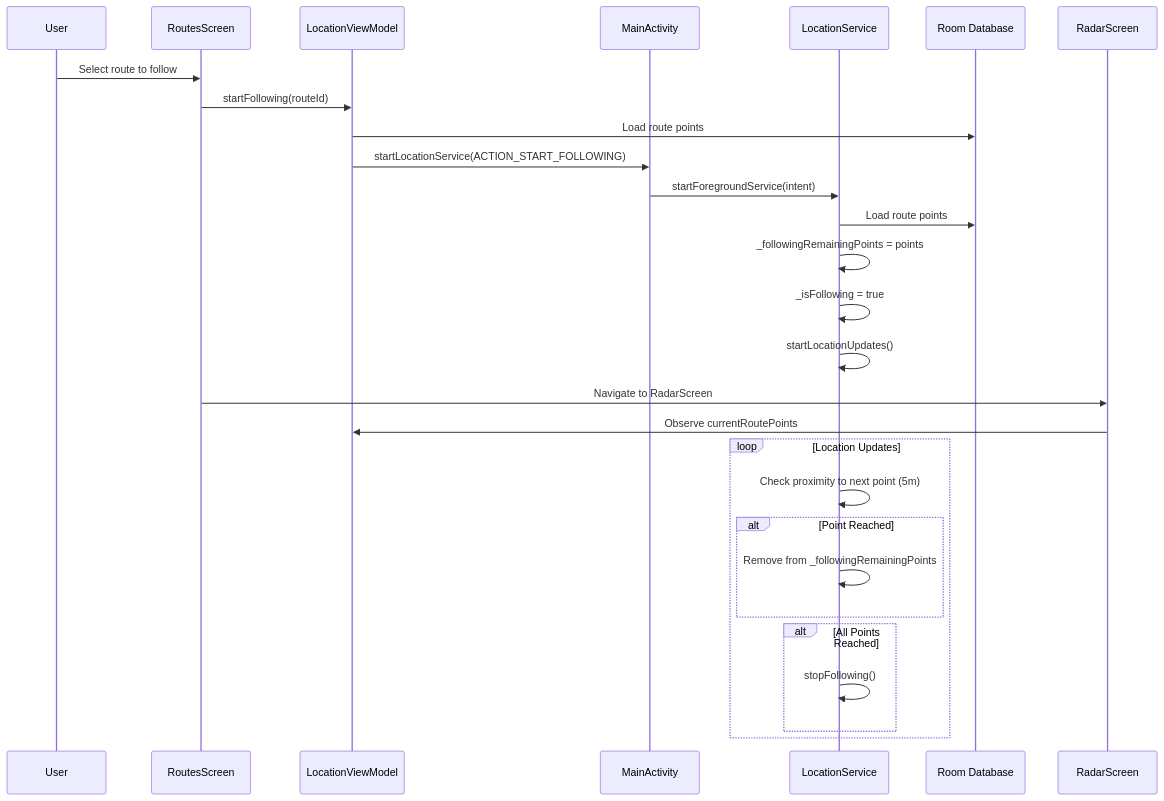
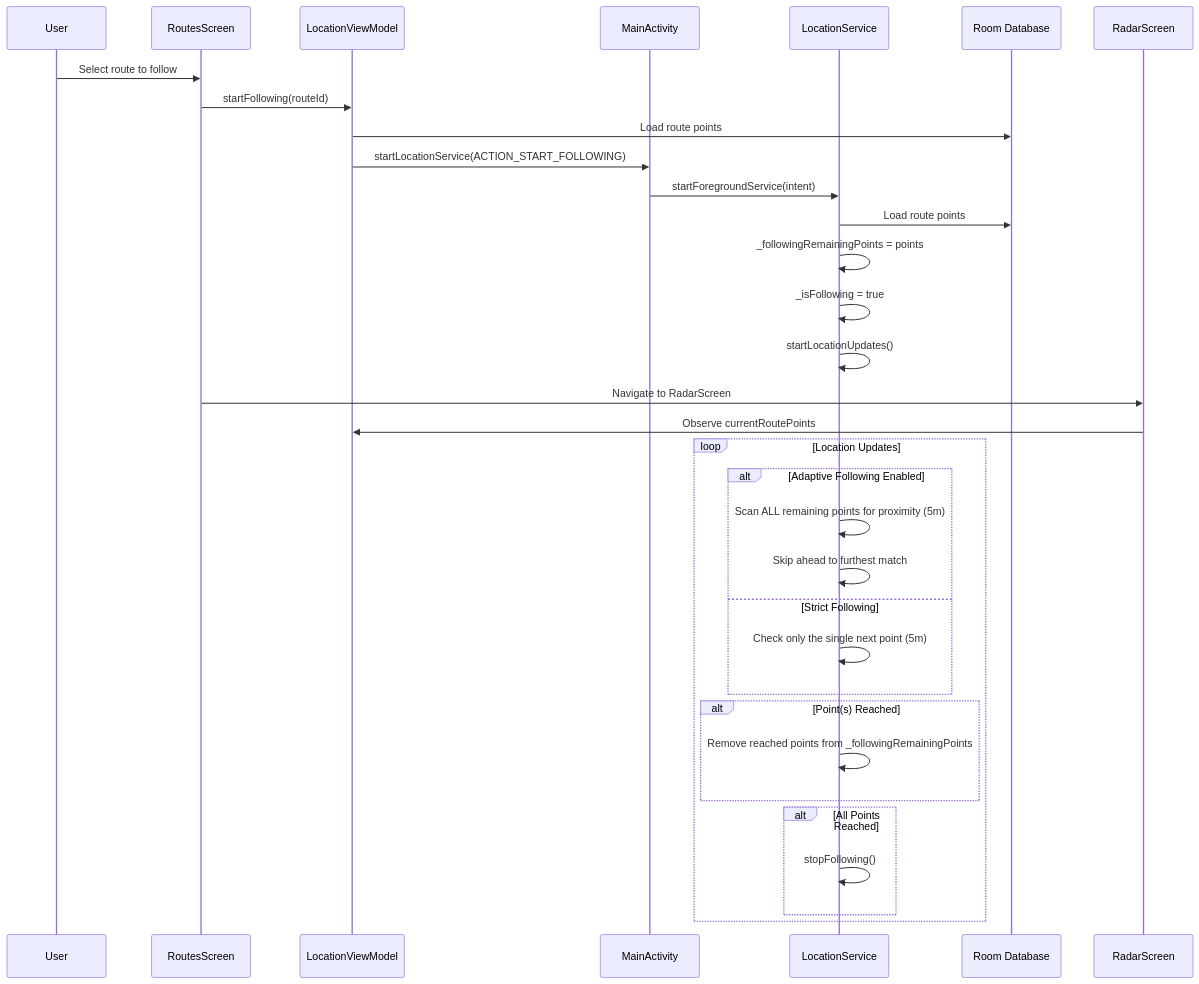
One commit to ameraldo/Radar changed the fourth of 7 diagrams in docs/architecture/data-flow.md. Above: the diagram before and after it, drawn with Mermaid. The commit also changed 8 other files, not shown here.

Commit message:
Implemented the "Adaptive Following" feature

````diff
--- a/docs/architecture/data-flow.md
+++ b/docs/architecture/data-flow.md
@@ -103,32 +103,37 @@
 ```mermaid
 sequenceDiagram
     participant User
     participant UI as RoutesScreen
     participant VM as LocationViewModel
     participant Main as MainActivity
     participant Service as LocationService
     participant Room as Room Database
     participant Radar as RadarScreen
 
     User->>UI: Select route to follow
     UI->>VM: startFollowing(routeId)
     VM->>Room: Load route points
     VM->>Main: startLocationService(ACTION_START_FOLLOWING)
     Main->>Service: startForegroundService(intent)
     Service->>Room: Load route points
     Service->>Service: _followingRemainingPoints = points
     Service->>Service: _isFollowing = true
     Service->>Service: startLocationUpdates()
     UI->>Radar: Navigate to RadarScreen
     Radar->>VM: Observe currentRoutePoints
 
     loop Location Updates
-        Service->>Service: Check proximity to next point (5m)
-        alt Point Reached
-            Service->>Service: Remove from _followingRemainingPoints
+        alt Adaptive Following Enabled
+            Service->>Service: Scan ALL remaining points for proximity (5m)
+            Service->>Service: Skip ahead to furthest match
+        else Strict Following
+            Service->>Service: Check only the single next point (5m)
+        end
+        alt Point(s) Reached
+            Service->>Service: Remove reached points from _followingRemainingPoints
         end
         alt All Points Reached
             Service->>Service: stopFollowing()
         end
     end
 ```
````
